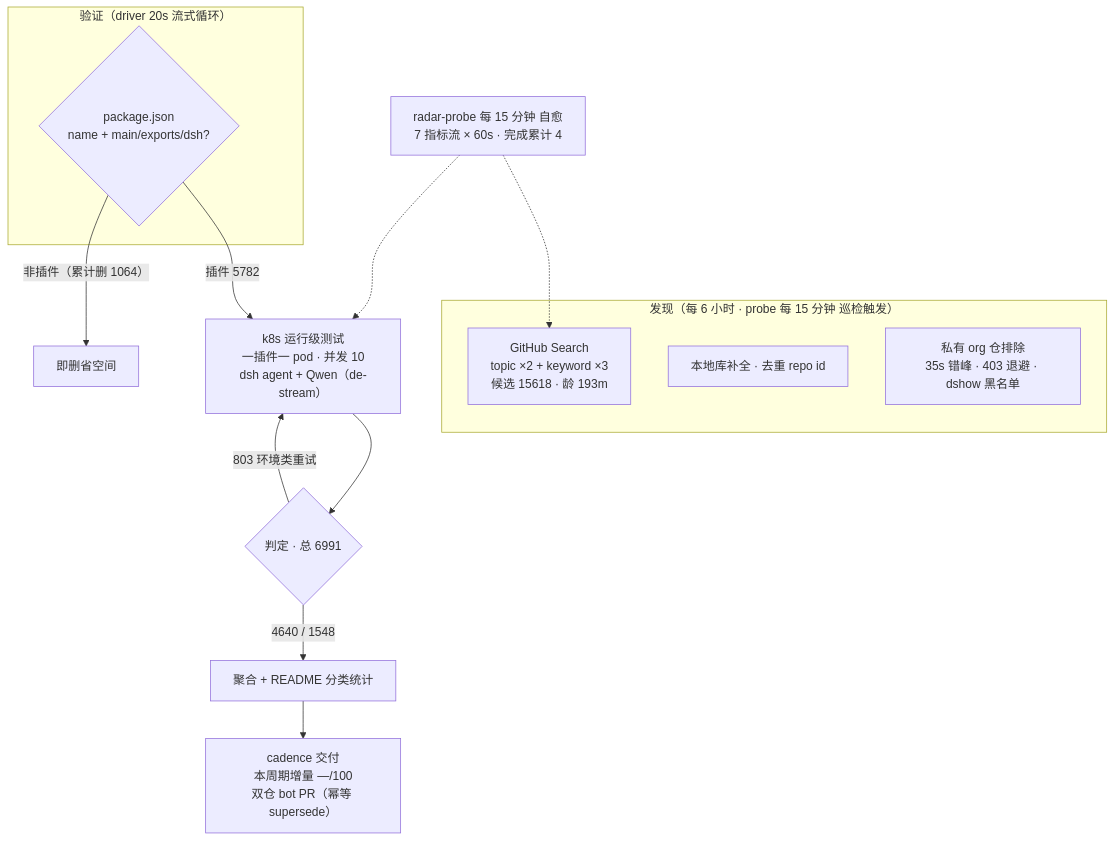
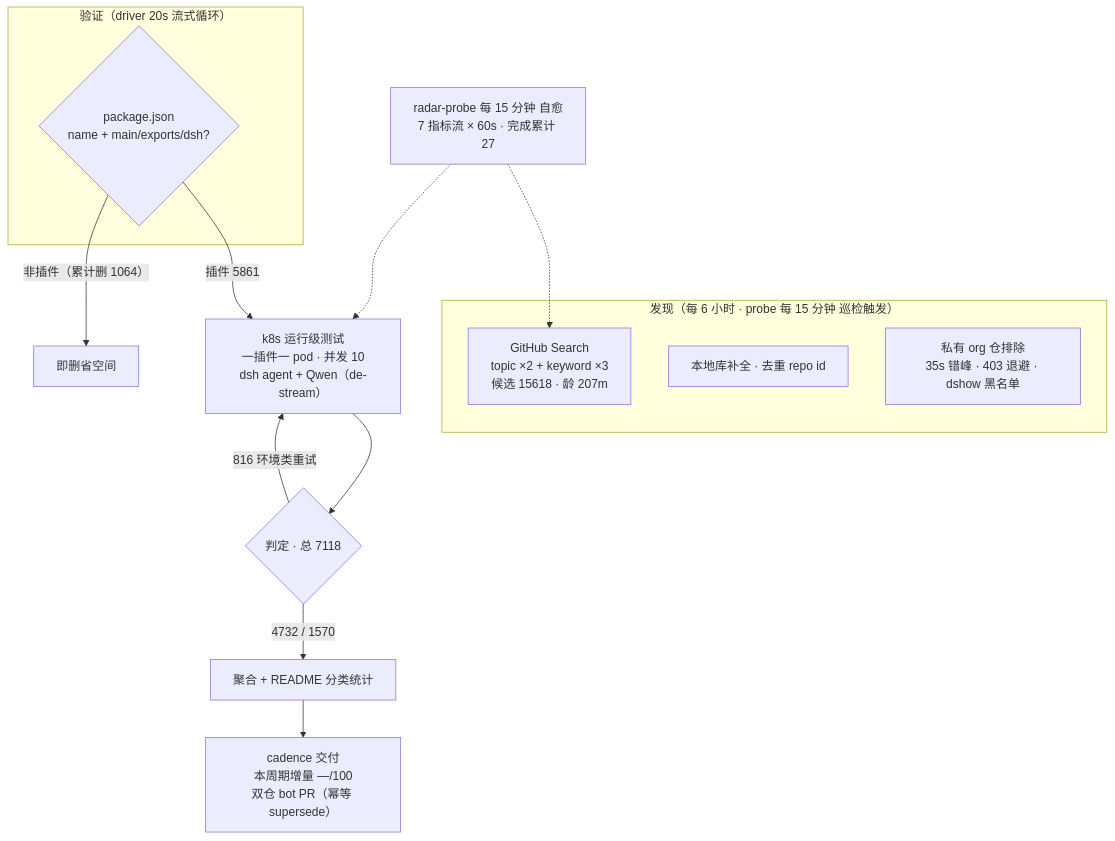
Before and after one commit to Zhidao-Lab-OSS/awesome-dsh-plugins: the diagram in README.md, drawn with Mermaid. The commit also changed other lines of this file and 1 other file, not shown here.

````diff
--- a/README.md
+++ b/README.md
@@ -37,20 +37,20 @@
 ```mermaid
 flowchart TB
     subgraph Discovery["发现（每 6 小时 · probe 每 15 分钟 巡检触发）"]
-        A1["GitHub Search<br/>topic ×2 + keyword ×3<br/>候选 15618 · 龄 193m"]
+        A1["GitHub Search<br/>topic ×2 + keyword ×3<br/>候选 15618 · 龄 207m"]
         A2["本地库补全 · 去重 repo id"]
         A3["私有 org 仓排除<br/>35s 错峰 · 403 退避 · dshow 黑名单"]
     end
     subgraph Validation["验证（driver 20s 流式循环）"]
         B1{"package.json<br/>name + main/exports/dsh?"}
     end
-    B1 -->|"插件 5782"| C1["k8s 运行级测试<br/>一插件一 pod · 并发 10<br/>dsh agent + Qwen（de-stream）"]
+    B1 -->|"插件 5861"| C1["k8s 运行级测试<br/>一插件一 pod · 并发 10<br/>dsh agent + Qwen（de-stream）"]
     B1 -->|"非插件（累计删 1064）"| B3["即删省空间"]
-    C1 --> D1{"判定 · 总 6991"}
-    D1 -->|"4640 / 1548"| E1["聚合 + README 分类统计"]
-    D1 -->|"803 环境类重试"| C1
+    C1 --> D1{"判定 · 总 7118"}
+    D1 -->|"4732 / 1570"| E1["聚合 + README 分类统计"]
+    D1 -->|"816 环境类重试"| C1
     E1 --> E2["cadence 交付<br/>本周期增量 —/100<br/>双仓 bot PR（幂等 supersede）"]
-    M["radar-probe 每 15 分钟 自愈<br/>7 指标流 × 60s · 完成累计 4"]
+    M["radar-probe 每 15 分钟 自愈<br/>7 指标流 × 60s · 完成累计 27"]
     M -.-> A1
     M -.-> C1
 ```
````
